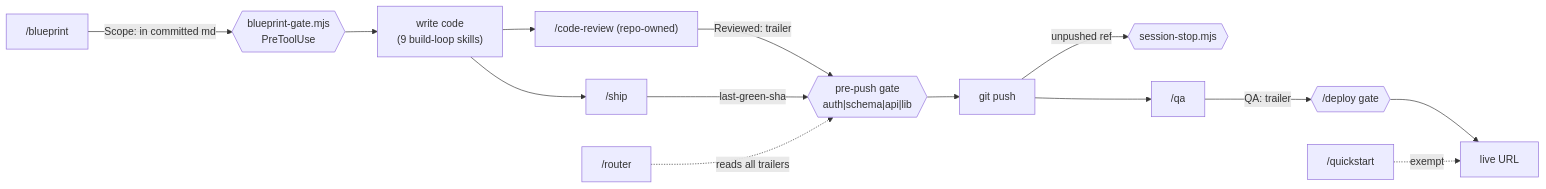
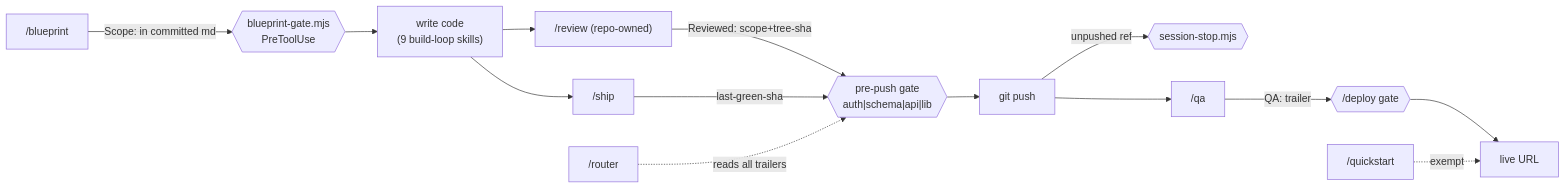
Before and after one commit to Tariq-AlNuaimi/hr-centre: the diagram in docs/blueprints/sdlc-chain.md, drawn with Mermaid. The commit also changed other lines of this file, not shown here.

````diff
--- a/docs/blueprints/sdlc-chain.md
+++ b/docs/blueprints/sdlc-chain.md
@@ -151,16 +155,16 @@
 ```mermaid
 flowchart LR
   BP["/blueprint"] -->|"Scope: in committed md"| G1{{"blueprint-gate.mjs<br/>PreToolUse"}}
   G1 --> CODE["write code<br/>(9 build-loop skills)"]
-  CODE --> RV["/code-review (repo-owned)"]
-  RV -->|"Reviewed: trailer"| G2{{"pre-push gate<br/>auth|schema|api|lib"}}
+  CODE --> RV["/review (repo-owned)"]
+  RV -->|"Reviewed: scope+tree-sha"| G2{{"pre-push gate<br/>auth|schema|api|lib"}}
   CODE --> SH["/ship"]
   SH -->|"last-green-sha"| G2
   G2 --> PUSH["git push"]
   PUSH -->|"unpushed ref"| G3{{"session-stop.mjs"}}
   PUSH --> QA["/qa"]
   QA -->|"QA: trailer"| G4{{"/deploy gate"}}
   G4 --> URL["live URL"]
   QS["/quickstart"] -.->|"exempt"| URL
   ROUTER["/router"] -.->|"reads all trailers"| G2
 ```
````
